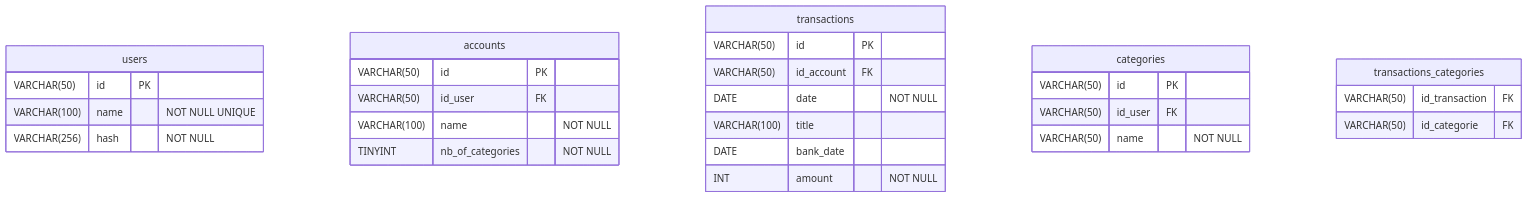
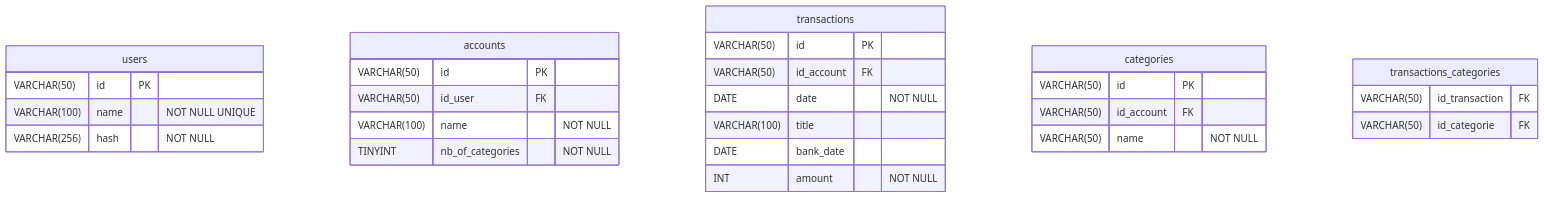
One commit to floalzaix/accounts changed the second of 3 diagrams in structure.md. Above: the diagram before and after it, drawn with Mermaid. The commit also changed other lines of this file and 11 other files, not shown here.

````diff
--- a/structure.md
+++ b/structure.md
@@ -79,31 +79,31 @@
     ```mermaid
             erDiagram
                 users {
                     VARCHAR(50) id PK
                     VARCHAR(100) name "NOT NULL UNIQUE"
                     VARCHAR(256) hash "NOT NULL"
                 }
                 accounts {
                     VARCHAR(50) id PK
                     VARCHAR(50) id_user FK
                     VARCHAR(100) name "NOT NULL"
                     TINYINT nb_of_categories "NOT NULL"
                 }
                 transactions {
                     VARCHAR(50) id PK
                     VARCHAR(50) id_account FK
                     DATE date "NOT NULL"
                     VARCHAR(100) title 
                     DATE bank_date 
                     INT amount "NOT NULL"
                 }
                 categories {
                     VARCHAR(50) id PK
-                    VARCHAR(50) id_user FK
+                    VARCHAR(50) id_account FK
                     VARCHAR(50) name "NOT NULL"
                 }
                 transactions_categories {
                     VARCHAR(50) id_transaction FK 
                     VARCHAR(50) id_categorie FK
                 }
     ```
````
